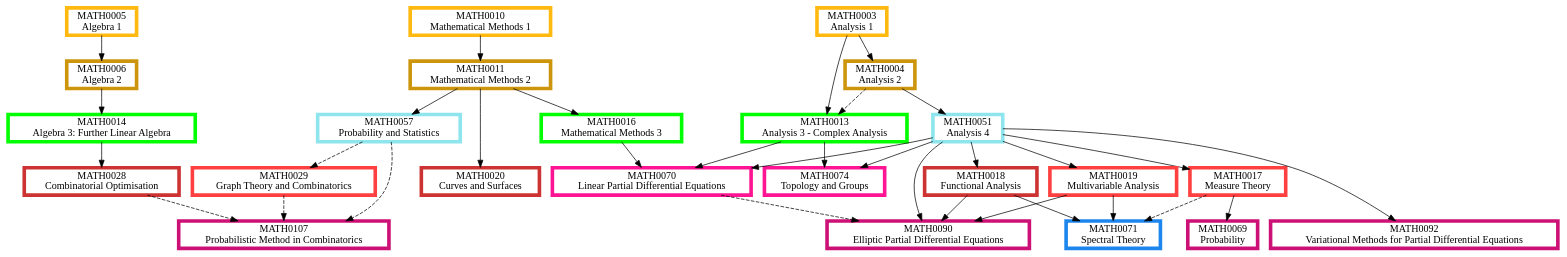
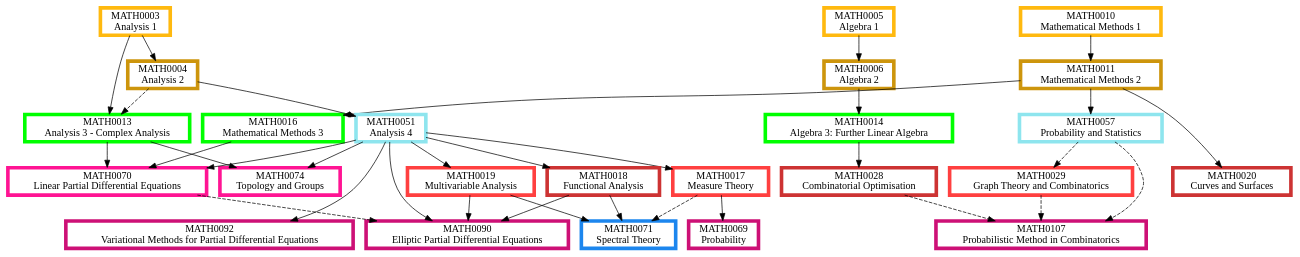
Before and after one commit to matthew-towers/pathways: the diagram in Analysis.dot, drawn with Graphviz. The commit also changed 12 other files, not shown here.

```diff
--- a/Analysis.dot
+++ b/Analysis.dot
@@ -1,110 +1,110 @@
 digraph {
 	node [fillcolor=white penwidth=5 shape=box style="filled,bold"]
 	subgraph "1.0 1" {
 		rank=same
+		MATH0005 [label="MATH0005
+Algebra 1" color=darkgoldenrod1 href="https://www.ucl.ac.uk/mathematical-physical-sciences/sites/mathematical_physical_sciences/files/2025-09/math0005 syllabus.pdf" tooltip="Year 1, term 1"]
 		MATH0010 [label="MATH0010
 Mathematical Methods 1" color=darkgoldenrod1 href="https://www.ucl.ac.uk/mathematical-physical-sciences/sites/mathematical_physical_sciences/files/math0010.pdf" tooltip="Year 1, term 1"]
 		MATH0003 [label="MATH0003
 Analysis 1" color=darkgoldenrod1 href="https://www.ucl.ac.uk/mathematical-physical-sciences/sites/mathematical_physical_sciences/files/2025-09/math0003.pdf" tooltip="Year 1, term 1"]
-		MATH0005 [label="MATH0005
-Algebra 1" color=darkgoldenrod1 href="https://www.ucl.ac.uk/mathematical-physical-sciences/sites/mathematical_physical_sciences/files/2025-09/math0005 syllabus.pdf" tooltip="Year 1, term 1"]
 	}
 	MATH0005 -> MATH0006 [tooltip="required prerequisite"]
 	MATH0010 -> MATH0011 [tooltip="required prerequisite"]
 	MATH0003 -> MATH0004 [tooltip="required prerequisite"]
 	subgraph "1.0 2" {
 		rank=same
 		MATH0006 [label="MATH0006
 Algebra 2" color=darkgoldenrod3 href="https://www.ucl.ac.uk/mathematical-physical-sciences/sites/mathematical_physical_sciences/files/math0006.pdf" tooltip="Year 1, term 2"]
 		MATH0011 [label="MATH0011
-Mathematical Methods 2" color=darkgoldenrod3 href="https://www.ucl.ac.uk/mathematical-physical-sciences/sites/mathematical_physical_sciences/files/math0011_3.pdf" tooltip="Year 1, term 2"]
+Mathematical Methods 2" color=darkgoldenrod3 href="https://www.ucl.ac.uk/mathematical-physical-sciences/sites/mathematical_physical_sciences/files/math0011.pdf" tooltip="Year 1, term 2"]
 		MATH0004 [label="MATH0004
 Analysis 2" color=darkgoldenrod3 href="https://www.ucl.ac.uk/mathematical-physical-sciences/sites/mathematical_physical_sciences/files/math0004.pdf" tooltip="Year 1, term 2"]
 	}
 	MATH0006 -> MATH0014 [tooltip="required prerequisite"]
 	MATH0011 -> MATH0016 [tooltip="required prerequisite"]
 	MATH0003 -> MATH0013 [tooltip="required prerequisite"]
 	MATH0004 -> MATH0013 [style=dashed tooltip="recommended prerequisite"]
 	subgraph "2.0 1" {
 		rank=same
 		MATH0014 [label="MATH0014
 Algebra 3: Further Linear Algebra" color=green1 href="https://www.ucl.ac.uk/mathematical-physical-sciences/sites/mathematical_physical_sciences/files/2025-09/math0014_0.pdf" tooltip="Year 2, term 1"]
 		MATH0016 [label="MATH0016
 Mathematical Methods 3" color=green1 href="https://www.ucl.ac.uk/mathematical-physical-sciences/sites/mathematical_physical_sciences/files/2025-09/math0016_0.pdf" tooltip="Year 2, term 1"]
 		MATH0013 [label="MATH0013
 Analysis 3 - Complex Analysis" color=green1 href="https://www.ucl.ac.uk/mathematical-physical-sciences/sites/mathematical_physical_sciences/files/2025-09/math0013_0.pdf" tooltip="Year 2, term 1"]
 	}
 	MATH0004 -> MATH0051 [tooltip="required prerequisite"]
 	MATH0011 -> MATH0057 [tooltip="required prerequisite"]
 	subgraph "2.5 2" {
 		rank=same
 		MATH0051 [label="MATH0051
 Analysis 4" color=cadetblue2 href="https://www.ucl.ac.uk/mathematical-physical-sciences/sites/mathematical_physical_sciences/files/math0051.pdf" tooltip="Year 2 or 3, term 2"]
 		MATH0057 [label="MATH0057
 Probability and Statistics" color=cadetblue2 href="https://www.ucl.ac.uk/mathematical-physical-sciences/sites/mathematical_physical_sciences/files/math0057.pdf" tooltip="Year 2 or 3, term 2"]
 	}
+	MATH0051 -> MATH0019 [tooltip="required prerequisite"]
 	MATH0051 -> MATH0017 [tooltip="required prerequisite"]
-	MATH0051 -> MATH0019 [tooltip="required prerequisite"]
 	MATH0057 -> MATH0029 [style=dashed tooltip="recommended prerequisite"]
 	subgraph "3.0 1" {
 		rank=same
+		MATH0019 [label="MATH0019
+Multivariable Analysis" color=brown1 href="https://www.ucl.ac.uk/mathematical-physical-sciences/sites/mathematical_physical_sciences/files/math0019.pdf" tooltip="Year 3, term 1"]
 		MATH0017 [label="MATH0017
 Measure Theory" color=brown1 href="https://www.ucl.ac.uk/mathematical-physical-sciences/sites/mathematical_physical_sciences/files/math0017.pdf" tooltip="Year 3, term 1"]
-		MATH0019 [label="MATH0019
-Multivariable Analysis" color=brown1 href="https://www.ucl.ac.uk/mathematical-physical-sciences/sites/mathematical_physical_sciences/files/math0019.pdf" tooltip="Year 3, term 1"]
 		MATH0029 [label="MATH0029
 Graph Theory and Combinatorics" color=brown1 href="https://www.ucl.ac.uk/mathematical-physical-sciences/sites/mathematical_physical_sciences/files/math0029.pdf" tooltip="Year 3, term 1"]
 	}
+	MATH0011 -> MATH0020 [tooltip="required prerequisite"]
 	MATH0051 -> MATH0018 [tooltip="required prerequisite"]
 	MATH0014 -> MATH0028 [tooltip="required prerequisite"]
-	MATH0011 -> MATH0020 [tooltip="required prerequisite"]
 	subgraph "3.0 2" {
 		rank=same
+		MATH0020 [label="MATH0020
+Curves and Surfaces" color=brown3 href="https://www.ucl.ac.uk/mathematical-physical-sciences/sites/mathematical_physical_sciences/files/math0020.pdf" tooltip="Year 3, term 2"]
 		MATH0018 [label="MATH0018
 Functional Analysis" color=brown3 href="https://www.ucl.ac.uk/mathematical-physical-sciences/sites/mathematical_physical_sciences/files/math0018.pdf" tooltip="Year 3, term 2"]
 		MATH0028 [label="MATH0028
 Combinatorial Optimisation" color=brown3 href="https://www.ucl.ac.uk/mathematical-physical-sciences/sites/mathematical_physical_sciences/files/math0028.pdf" tooltip="Year 3, term 2"]
-		MATH0020 [label="MATH0020
-Curves and Surfaces" color=brown3 href="https://www.ucl.ac.uk/mathematical-physical-sciences/sites/mathematical_physical_sciences/files/math0020.pdf" tooltip="Year 3, term 2"]
 	}
 	MATH0013 -> MATH0070 [tooltip="required prerequisite"]
 	MATH0016 -> MATH0070 [tooltip="required prerequisite"]
 	MATH0051 -> MATH0070 [tooltip="required prerequisite"]
 	MATH0013 -> MATH0074 [tooltip="required prerequisite"]
 	MATH0051 -> MATH0074 [tooltip="required prerequisite"]
 	subgraph "3.5 1" {
 		rank=same
 		MATH0070 [label="MATH0070
 Linear Partial Differential Equations" color=deeppink1 href="https://www.ucl.ac.uk/mathematical-physical-sciences/sites/mathematical_physical_sciences/files/math0070.pdf" tooltip="Year 3 or 4, term 1"]
 		MATH0074 [label="MATH0074
 Topology and Groups" color=deeppink1 href="https://www.ucl.ac.uk/mathematical-physical-sciences/sites/mathematical_physical_sciences/files/math0074.pdf" tooltip="Year 3 or 4, term 1"]
 	}
+	MATH0051 -> MATH0092 [tooltip="required prerequisite"]
+	MATH0029 -> MATH0107 [style=dashed tooltip="recommended prerequisite"]
+	MATH0028 -> MATH0107 [style=dashed tooltip="recommended prerequisite"]
+	MATH0057 -> MATH0107 [style=dashed tooltip="recommended prerequisite"]
+	MATH0017 -> MATH0069 [tooltip="required prerequisite"]
 	MATH0070 -> MATH0090 [style=dashed tooltip="recommended prerequisite"]
 	MATH0051 -> MATH0090 [tooltip="required prerequisite"]
 	MATH0018 -> MATH0090 [tooltip="required prerequisite"]
 	MATH0019 -> MATH0090 [tooltip="required prerequisite"]
-	MATH0029 -> MATH0107 [style=dashed tooltip="recommended prerequisite"]
-	MATH0028 -> MATH0107 [style=dashed tooltip="recommended prerequisite"]
-	MATH0057 -> MATH0107 [style=dashed tooltip="recommended prerequisite"]
-	MATH0017 -> MATH0069 [tooltip="required prerequisite"]
-	MATH0051 -> MATH0092 [tooltip="required prerequisite"]
 	subgraph "3.5 2" {
 		rank=same
-		MATH0090 [label="MATH0090
-Elliptic Partial Differential Equations" color=deeppink3 href="https://www.ucl.ac.uk/mathematical-physical-sciences/sites/mathematical_physical_sciences/files/math0090.pdf" tooltip="Year 3 or 4, term 2"]
+		MATH0092 [label="MATH0092
+Variational Methods for Partial Differential Equations" color=deeppink3 href="https://www.ucl.ac.uk/mathematical-physical-sciences/sites/mathematical_physical_sciences/files/math0092.pdf" tooltip="Year 3 or 4, term 2"]
 		MATH0107 [label="MATH0107
 Probabilistic Method in Combinatorics" color=deeppink3 href="https://www.ucl.ac.uk/mathematical-physical-sciences/sites/mathematical_physical_sciences/files/math0107_1.pdf" tooltip="Year 3 or 4, term 2"]
 		MATH0069 [label="MATH0069
 Probability" color=deeppink3 href="https://www.ucl.ac.uk/mathematical-physical-sciences/sites/mathematical_physical_sciences/files/math0069.pdf" tooltip="Year 3 or 4, term 2"]
-		MATH0092 [label="MATH0092
-Variational Methods for Partial Differential Equations" color=deeppink3 href="https://www.ucl.ac.uk/mathematical-physical-sciences/sites/mathematical_physical_sciences/files/math0092.pdf" tooltip="Year 3 or 4, term 2"]
+		MATH0090 [label="MATH0090
+Elliptic Partial Differential Equations" color=deeppink3 href="https://www.ucl.ac.uk/mathematical-physical-sciences/sites/mathematical_physical_sciences/files/math0090.pdf" tooltip="Year 3 or 4, term 2"]
 	}
 	MATH0018 -> MATH0071 [tooltip="required prerequisite"]
 	MATH0019 -> MATH0071 [tooltip="required prerequisite"]
 	MATH0017 -> MATH0071 [style=dashed tooltip="recommended prerequisite"]
 	subgraph "4.0 1" {
 		rank=same
 		MATH0071 [label="MATH0071
 Spectral Theory" color=dodgerblue2 href="https://www.ucl.ac.uk/mathematical-physical-sciences/sites/mathematical_physical_sciences/files/math0071.pdf" tooltip="Year 4, term 1"]
 	}
 }
```
